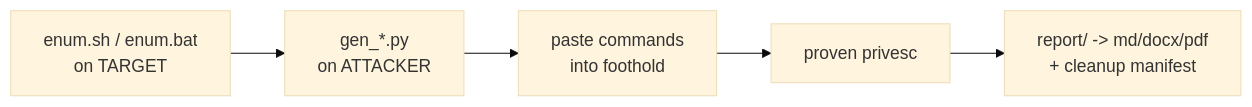
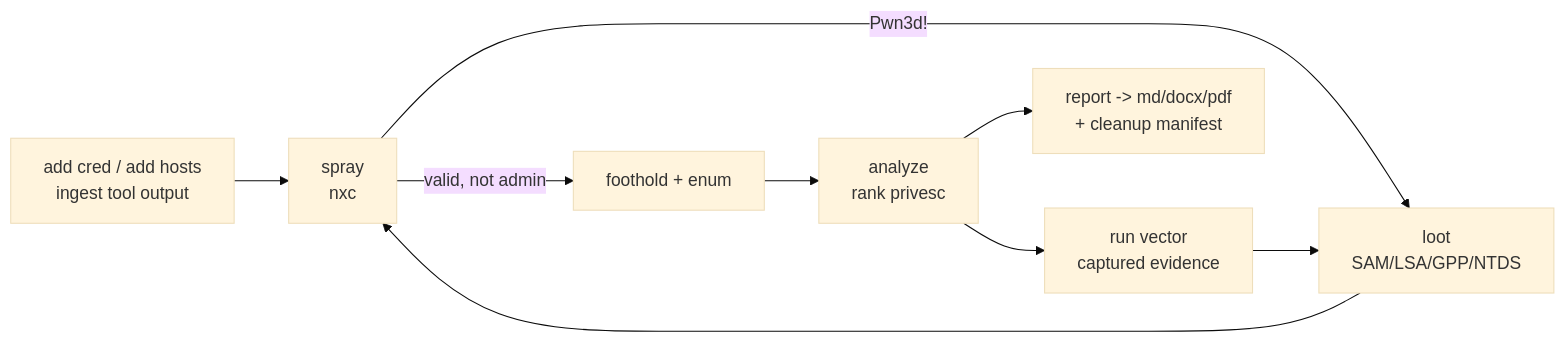
Before and after one commit to dloucks01/Skoll-Fieldkit: the diagram in README.md, drawn with Mermaid (base theme). The commit also changed other lines of this file and 16 other files, not shown here.

````diff
--- a/README.md
+++ b/README.md
@@ -78,6 +127,8 @@
 ```mermaid
 flowchart LR
-  E[enum.sh / enum.bat<br/>on TARGET] --> G[gen_*.py<br/>on ATTACKER]
-  G --> P[paste commands<br/>into foothold] --> R[proven privesc]
-  R --> RP[report/ -> md/docx/pdf<br/>+ cleanup manifest]
+  I[add cred / add hosts<br/>ingest tool output] --> S[spray<br/>nxc]
+  S -->|Pwn3d!| L[loot<br/>SAM/LSA/GPP/NTDS] --> S
+  S -->|valid, not admin| F[foothold + enum] --> A[analyze<br/>rank privesc]
+  A --> R[run vector<br/>captured evidence] --> L
+  A --> RP[report -> md/docx/pdf<br/>+ cleanup manifest]
 ```
````
